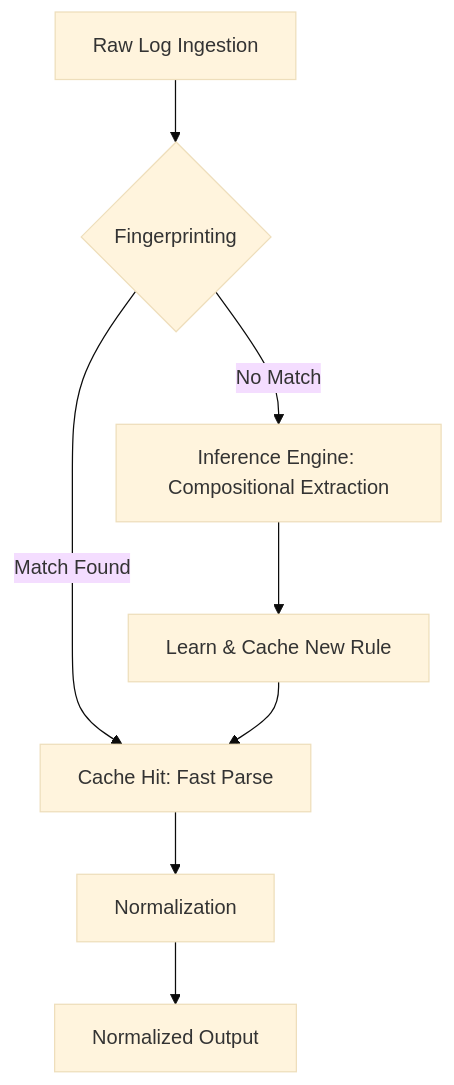
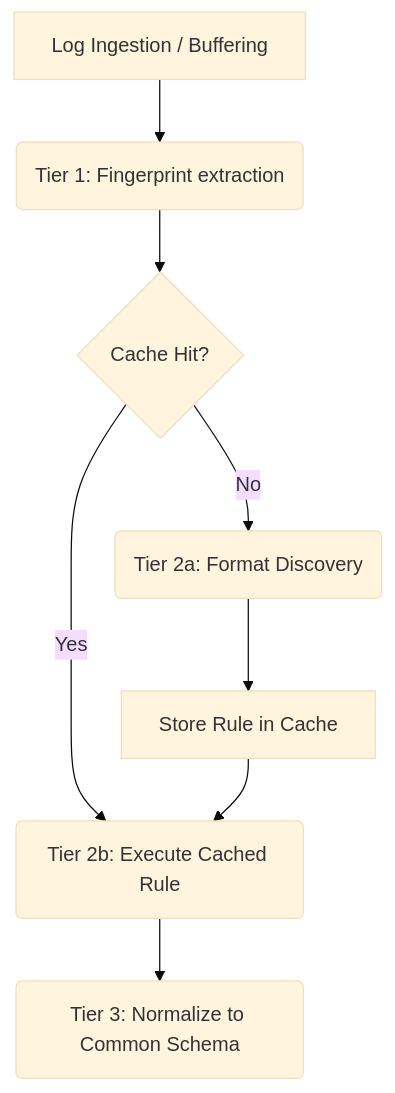
One commit to agrwl-utkarsh/sih2026 changed the diagram in README.md. Above: the diagram before and after it, drawn with Mermaid (base theme). The commit also changed other lines of this file, not shown here.

````diff
--- a/README.md
+++ b/README.md
@@ -15,10 +13,10 @@
 ```mermaid
-graph TD
-    A[Raw Log Ingestion] --> B{Fingerprinting}
-    B -->|Match Found| C[Cache Hit: Fast Parse]
-    B -->|No Match| D[Inference Engine: Compositional Extraction]
-    D --> E[Learn & Cache New Rule]
-    C --> F[Normalization]
-    E --> C
-    F --> G[Normalized Output]
+flowchart TD
+    A[Log Ingestion / Buffering] --> B(Tier 1: Fingerprint extraction)
+    B --> C{Cache Hit?}
+    C -- Yes --> D(Tier 2b: Execute Cached Rule)
+    C -- No --> E(Tier 2a: Format Discovery)
+    E --> F[Store Rule in Cache]
+    F --> D
+    D --> G(Tier 3: Normalize to Common Schema)
 ```
````
